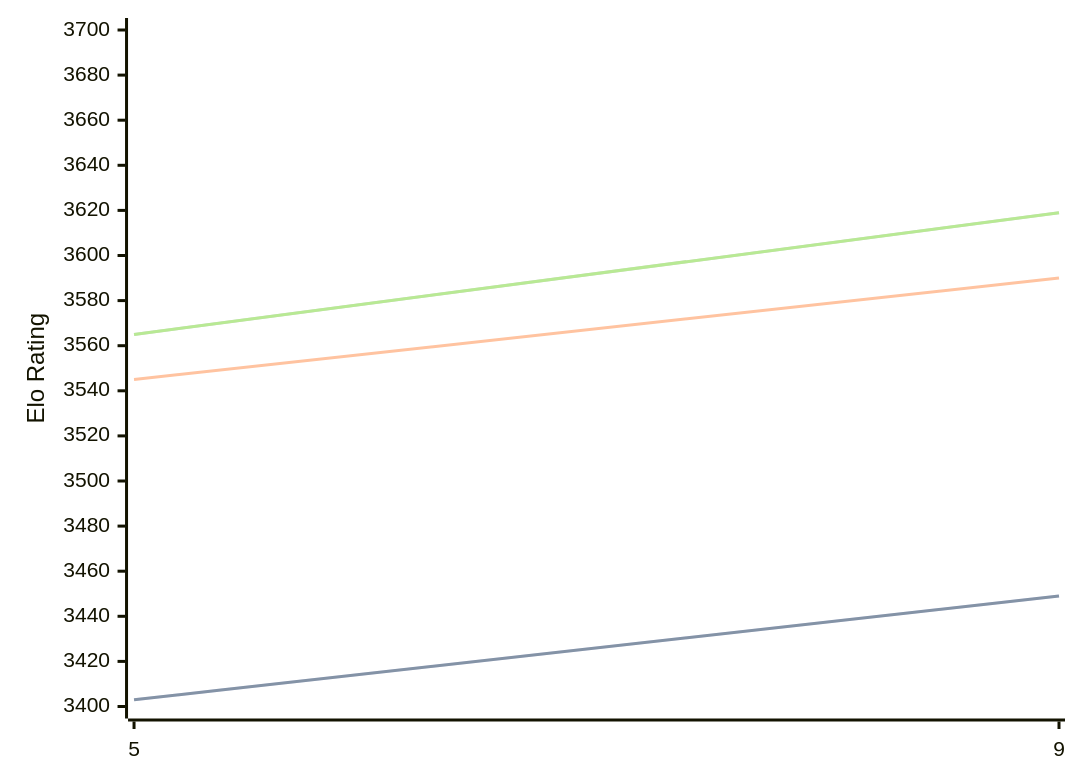
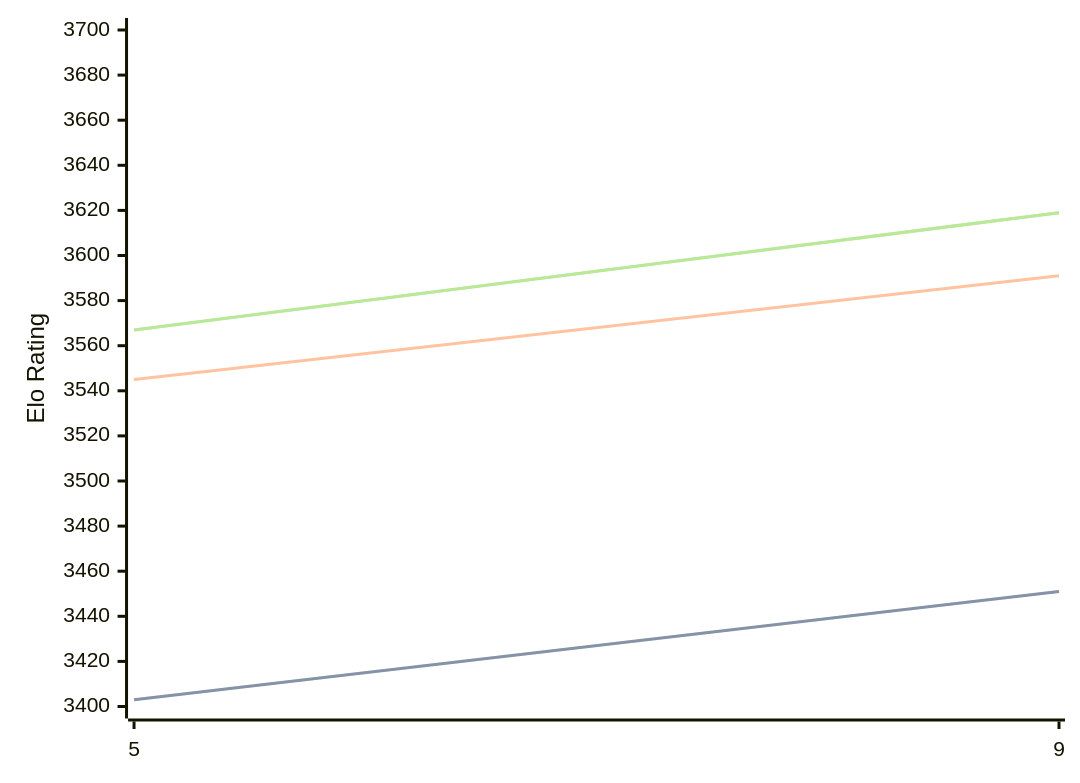
Before and after one commit to computer-chess-index/cci: the diagram in engines/Crystal.md, drawn with Mermaid. The commit also changed other lines of this file, not shown here.

Commit message:
Update CCI Ratings (ELO VLTC) - 2026-04-07

````diff
--- a/engines/Crystal.md
+++ b/engines/Crystal.md
@@ -60,11 +60,11 @@
 ```mermaid
 %%{init: {"theme":"base","themeVariables":{"seriesColors:['#a3a3a3','#222221','#faa371']}}}%%
 xychart-beta
   x-axis ["5", "9"]
   y-axis "Elo Rating" 3400 --> 3700
-  line "STC (8.0+0.08s)" [3403, 3449]
-  line "STC (8.0+0.08s)" [3403, 3449]
-  line "LTC (60.0+0.60s)" [3545, 3590]
-  line "VLTC (2m24s+1.12s)" [3565, 3619]
-  line "VLTC (2m24s+1.12s)" [3565, 3619]
+  line "STC (8.0+0.08s)" [3403, 3451]
+  line "STC (8.0+0.08s)" [3403, 3451]
+  line "LTC (60.0+0.60s)" [3545, 3591]
+  line "VLTC (2m24s+1.12s)" [3567, 3619]
+  line "VLTC (2m24s+1.12s)" [3567, 3619]
 ```
````
